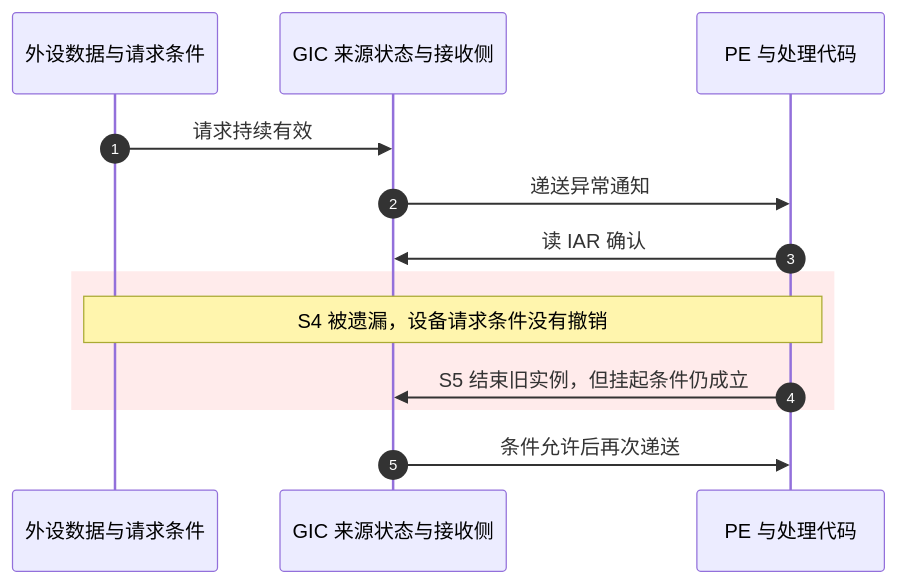
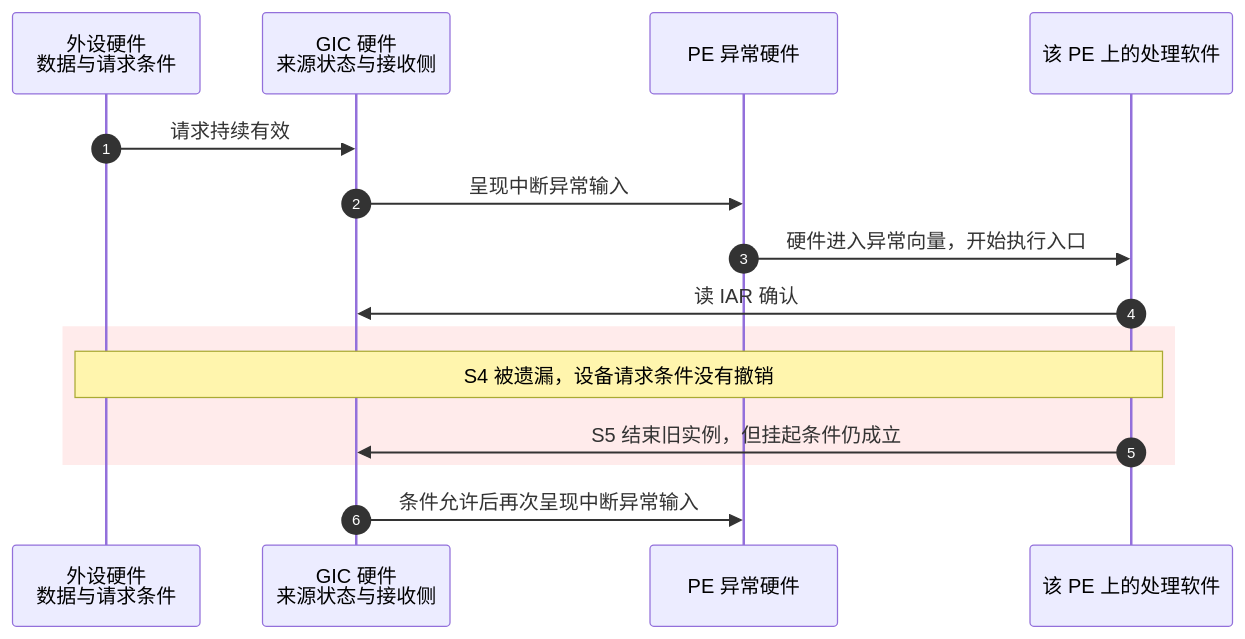
One commit to FormingSystem/linux_note changed the fourth of 4 diagrams in platforms/arm/architecture/gic/P04_一次中断的状态转换与完成协议.md. Above: the diagram before and after it, drawn with Mermaid. The commit also changed other lines of this file and 36 other files, not shown here.

````diff
--- a/platforms/arm/architecture/gic/P04_一次中断的状态转换与完成协议.md
+++ b/platforms/arm/architecture/gic/P04_一次中断的状态转换与完成协议.md
@@ -187,15 +277,17 @@
 ```mermaid
 sequenceDiagram
     autonumber
-    participant device as 外设数据与请求条件
-    participant gic as GIC 来源状态与接收侧
-    participant pe as PE 与处理代码
+    participant device as 外设硬件<br/>数据与请求条件
+    participant gic as GIC 硬件<br/>来源状态与接收侧
+    participant pe as PE 异常硬件
+    participant handler as 该 PE 上的处理软件
     device->>gic: 请求持续有效
-    gic->>pe: 递送异常通知
-    pe->>gic: 读 IAR 确认
+    gic->>pe: 呈现中断异常输入
+    pe->>handler: 硬件进入异常向量，开始执行入口
+    handler->>gic: 读 IAR 确认
     rect rgb(255, 235, 235)
-    Note over device,pe: S4 被遗漏，设备请求条件没有撤销
-    pe->>gic: S5 结束旧实例，但挂起条件仍成立
+    Note over device,handler: S4 被遗漏，设备请求条件没有撤销
+    handler->>gic: S5 结束旧实例，但挂起条件仍成立
     end
-    gic->>pe: 条件允许后再次递送
+    gic->>pe: 条件允许后再次呈现中断异常输入
 ```
````
